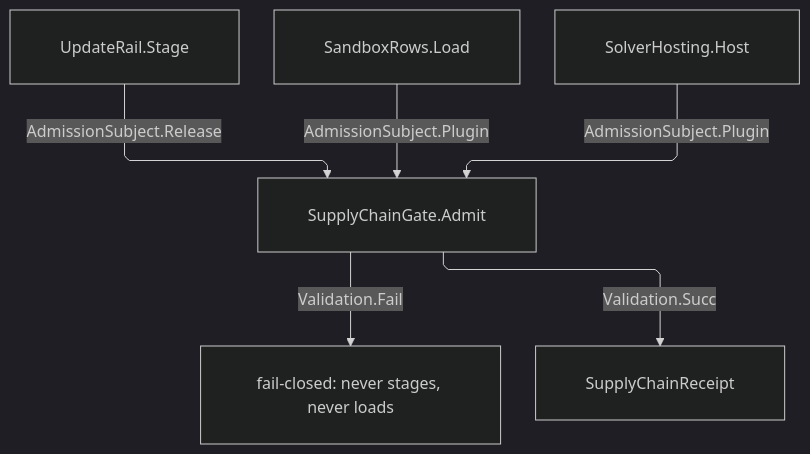
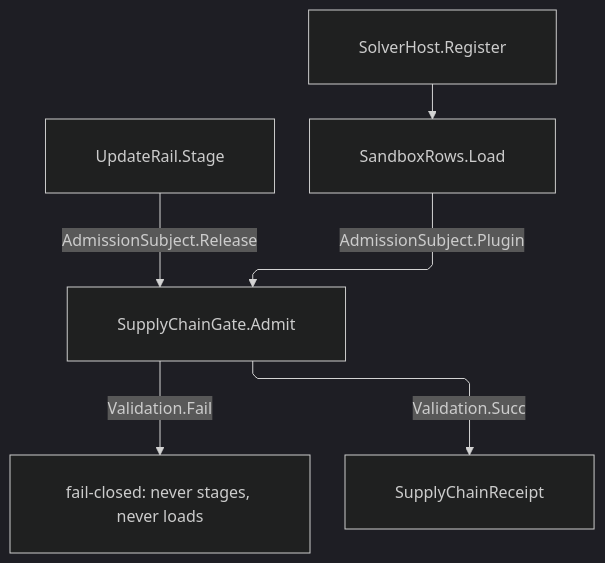
Before and after one commit to bsamiee/Rasm: the diagram in libs/csharp/Rasm.AppHost/.planning/Sandbox/admission.md, drawn with Mermaid (dark theme). The commit also changed other lines of this file and 818 other files, not shown here.

````diff
--- a/libs/csharp/Rasm.AppHost/.planning/Sandbox/admission.md
+++ b/libs/csharp/Rasm.AppHost/.planning/Sandbox/admission.md
@@ -200,17 +311,17 @@
 ```mermaid
 ---
 config:
   layout: elk
   flowchart:
     curve: linear
     padding: 25
 ---
 flowchart TD
     accTitle: Supply-chain admission gate
-    accDescr: Release staging, sandbox plugin loads, and solver hosting all entering one admission gate whose failure arm never stages or loads and whose success arm seals a supply-chain receipt.
+    accDescr: Release staging and sandbox plugin loads entering one admission gate, with hosted solvers reaching it through the sandbox load, whose failure arm never stages or loads and whose success arm seals a supply-chain receipt.
     Release[UpdateRail.Stage] -->|AdmissionSubject.Release| Admit[SupplyChainGate.Admit]
-    Plugin[SandboxRows.Load] -->|AdmissionSubject.Plugin| Admit
-    Solver[SolverHosting.Host] -->|AdmissionSubject.Plugin| Admit
+    Solver[SolverHost.Register] --> Plugin[SandboxRows.Load]
+    Plugin -->|AdmissionSubject.Plugin| Admit
     Admit -->|Validation.Fail| Closed[fail-closed: never stages, never loads]
     Admit -->|Validation.Succ| Proven[SupplyChainReceipt]
 ```
````
